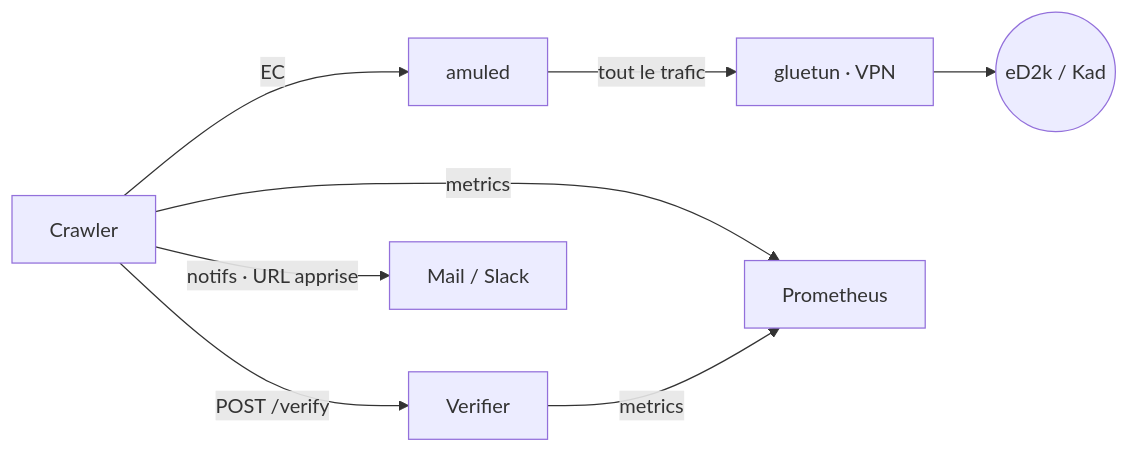
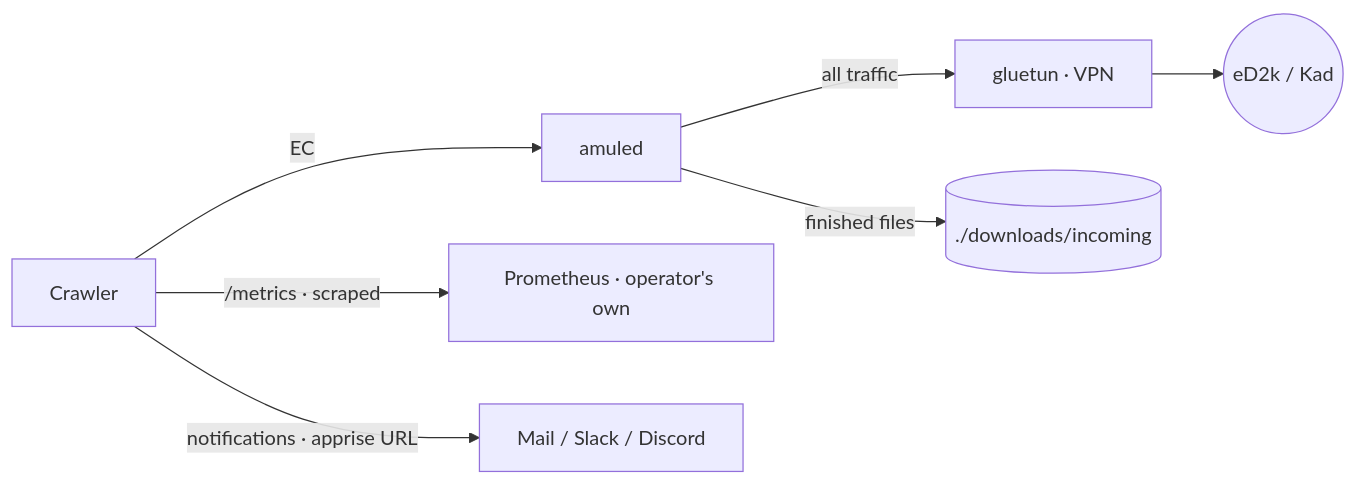
One commit to GeoffreyCoulaud/mulewatch changed the first of 10 diagrams in docs/architecture.md. Above: the diagram before and after it, drawn with Mermaid. The commit also changed other lines of this file and 14 other files, not shown here.

````diff
--- a/docs/architecture.md
+++ b/docs/architecture.md
@@ -22,18 +24,17 @@
 ```mermaid
 flowchart LR
   crawler["Crawler"]
   amuled["amuled"]
   gluetun["gluetun · VPN"]
   ed2k(("eD2k / Kad"))
-  verifier["Verifier"]
-  prom["Prometheus"]
-  notif["Mail / Slack"]
+  prom["Prometheus · operator's own"]
+  notif["Mail / Slack / Discord"]
+  out[("./downloads/incoming")]
 
   crawler -->|EC| amuled
-  amuled -->|"tout le trafic"| gluetun
+  amuled -->|"all traffic"| gluetun
   gluetun --> ed2k
-  crawler -->|"POST /verify"| verifier
-  crawler -->|metrics| prom
-  verifier -->|metrics| prom
-  crawler -->|"notifs · URL apprise"| notif
+  amuled -->|"finished files"| out
+  crawler -->|"/metrics · scraped"| prom
+  crawler -->|"notifications · apprise URL"| notif
 ```
````
